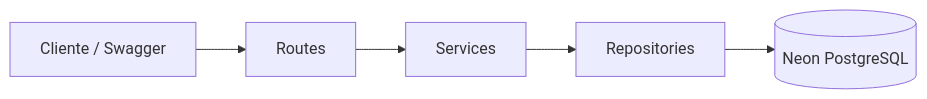
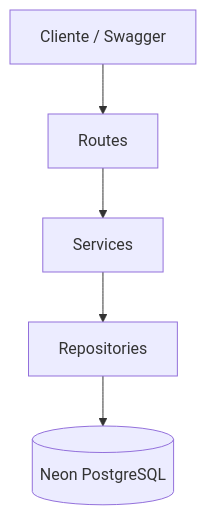
One commit to lineyaniris7-oss/herramienta_api changed the first of 2 diagrams in README.md. Above: the diagram before and after it, drawn with Mermaid. The commit also changed other lines of this file, not shown here.

````diff
--- a/README.md
+++ b/README.md
@@ -32,7 +43,7 @@
 ```mermaid
-flowchart LR
-    C[Cliente / Swagger] --> R[Routes]
-    R --> S[Services]
-    S --> RP[Repositories]
-    RP --> DB[(Neon PostgreSQL)]
+flowchart TD
+    A[Cliente / Swagger] --> B[Routes]
+    B --> C[Services]
+    C --> D[Repositories]
+    D --> E[(Neon PostgreSQL)]
 ```
````
